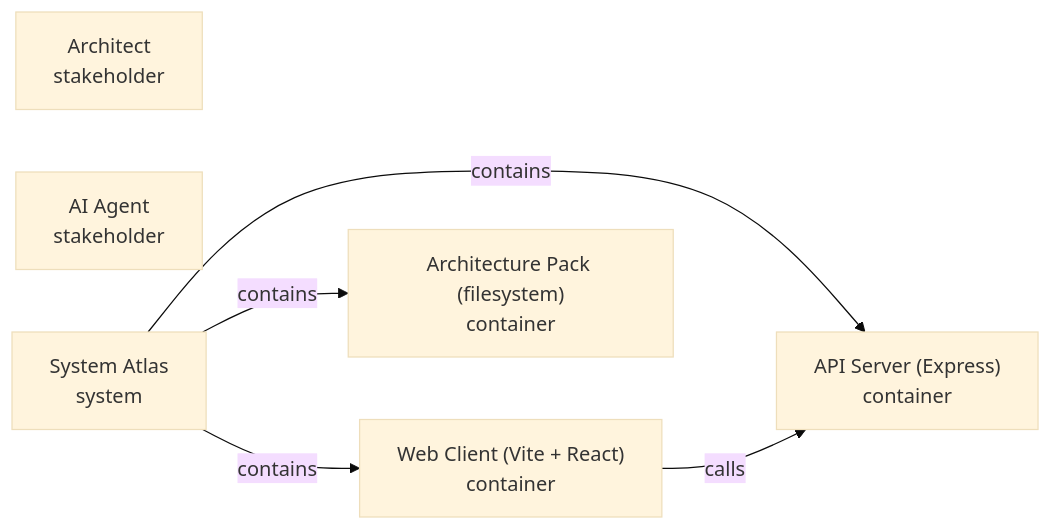
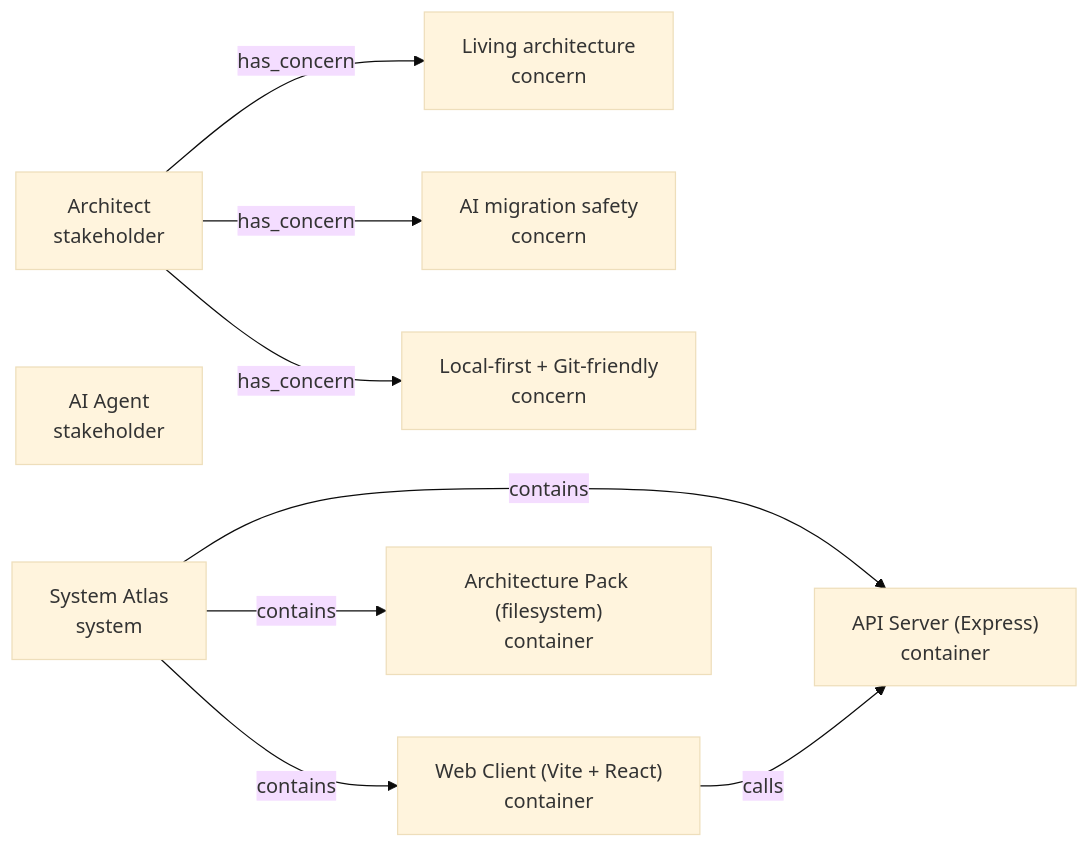
Before and after one commit to shudder13/System-Atlas: the diagram in architecture/generated/diagrams/overview.mmd, drawn with Mermaid (base theme). The commit also changed 121 other files, not shown here.

```diff
--- a/architecture/generated/diagrams/overview.mmd
+++ b/architecture/generated/diagrams/overview.mmd
@@ -1,11 +1,17 @@
 flowchart LR
   stakeholder_architect["Architect\nstakeholder"]
   stakeholder_ai_agent["AI Agent\nstakeholder"]
+  concern_living_architecture["Living architecture\nconcern"]
+  concern_ai_migration_safety["AI migration safety\nconcern"]
+  concern_local_first["Local-first + Git-friendly\nconcern"]
   system_atlas["System Atlas\nsystem"]
   container_web["Web Client (Vite + React)\ncontainer"]
   container_api["API Server (Express)\ncontainer"]
   container_pack["Architecture Pack (filesystem)\ncontainer"]
   system_atlas -->|"contains"| container_web
   system_atlas -->|"contains"| container_api
   system_atlas -->|"contains"| container_pack
   container_web -->|"calls"| container_api
+  stakeholder_architect -->|"has_concern"| concern_living_architecture
+  stakeholder_architect -->|"has_concern"| concern_ai_migration_safety
+  stakeholder_architect -->|"has_concern"| concern_local_first
```
